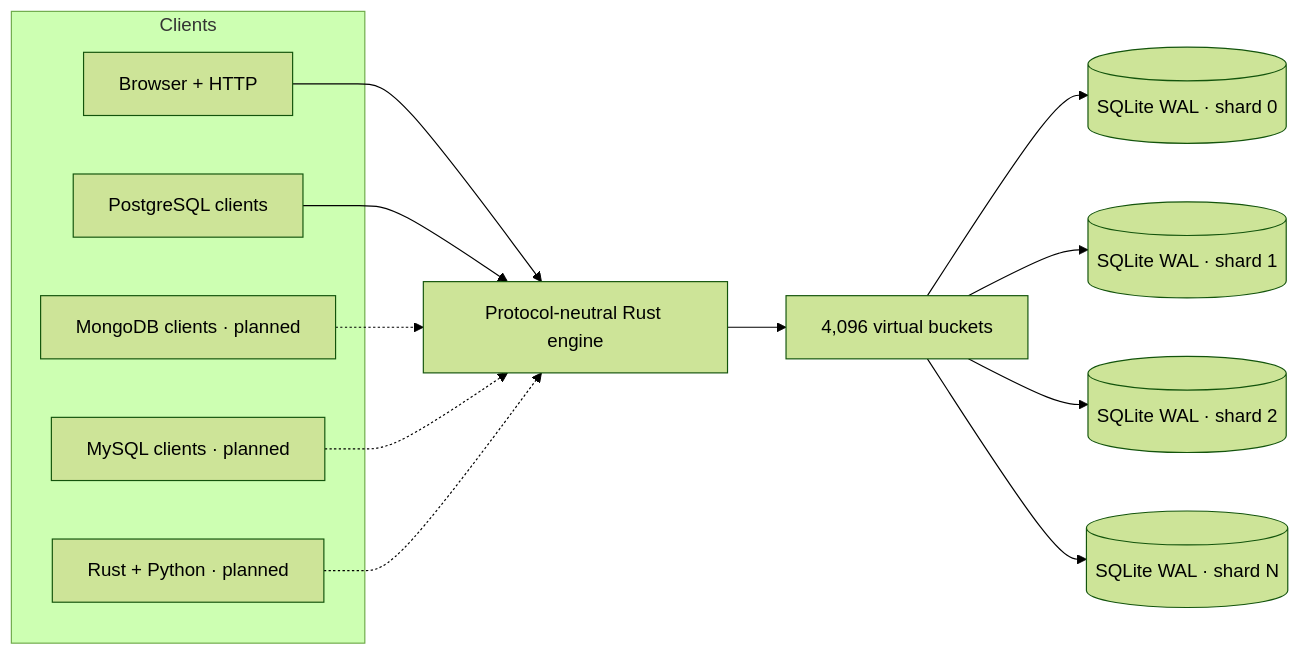
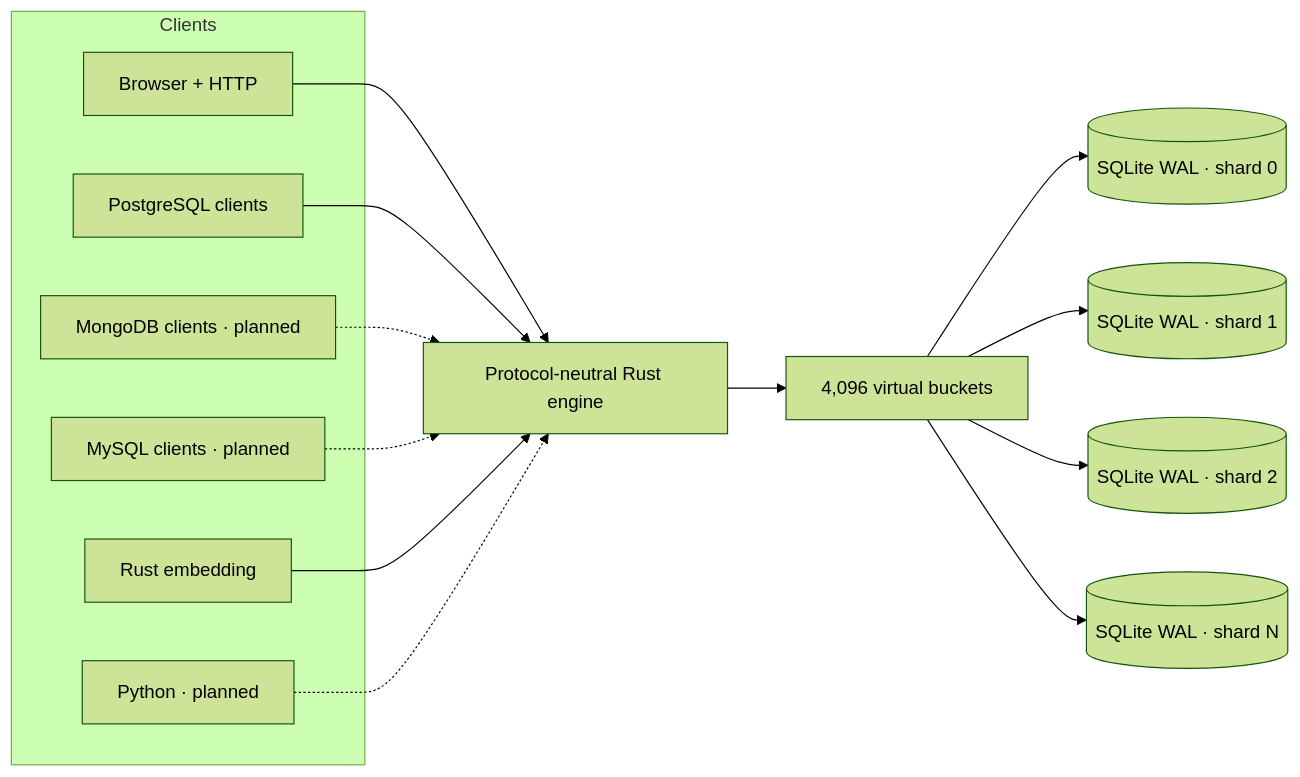
One commit to schapman1974/briskdb changed the diagram in README.md. Above: the diagram before and after it, drawn with Mermaid (forest theme). The commit also changed other lines of this file and 15 other files, not shown here.

````diff
--- a/README.md
+++ b/README.md
@@ -39,22 +39,24 @@
 ```mermaid
 flowchart LR
     subgraph Clients
         WEB[Browser + HTTP]
         PG[PostgreSQL clients]
         MONGO[MongoDB clients · planned]
         MYSQL[MySQL clients · planned]
-        EMBED[Rust + Python · planned]
+        RUST[Rust embedding]
+        PY[Python · planned]
     end
 
     WEB --> ENGINE
     PG --> ENGINE
     MONGO -.-> ENGINE
     MYSQL -.-> ENGINE
-    EMBED -.-> ENGINE
+    RUST --> ENGINE
+    PY -.-> ENGINE
 
     ENGINE[Protocol-neutral Rust engine] --> ROUTER[4,096 virtual buckets]
     ROUTER --> S0[(SQLite WAL · shard 0)]
     ROUTER --> S1[(SQLite WAL · shard 1)]
     ROUTER --> S2[(SQLite WAL · shard 2)]
     ROUTER --> SN[(SQLite WAL · shard N)]
 ```
````
